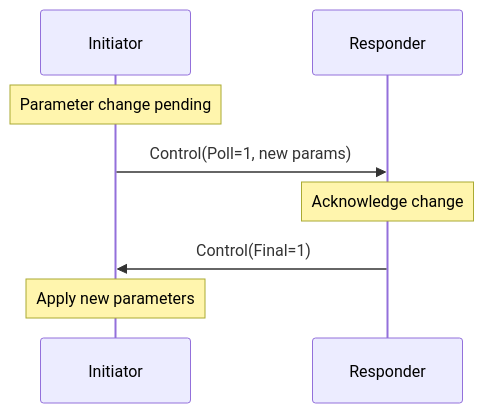
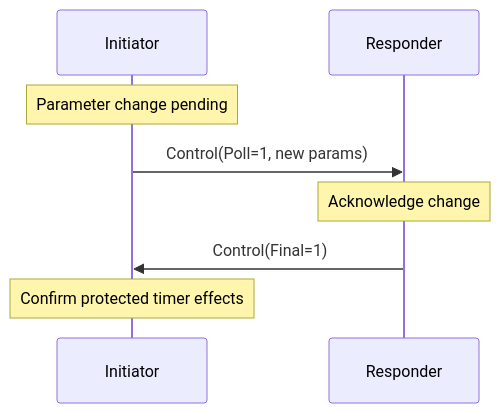
One commit to dantte-lp/gobfd changed the second of 2 diagrams in docs/en/02-protocol.md. Above: the diagram before and after it, drawn with Mermaid. The commit also changed other lines of this file and 24 other files, not shown here.

````diff
--- a/docs/en/02-protocol.md
+++ b/docs/en/02-protocol.md
@@ -184,11 +184,11 @@
 ```mermaid
 sequenceDiagram
     participant A as Initiator
     participant B as Responder
 
     Note over A: Parameter change pending
     A->>B: Control(Poll=1, new params)
     Note over B: Acknowledge change
     B->>A: Control(Final=1)
-    Note over A: Apply new parameters
+    Note over A: Confirm protected timer effects
 ```
````
